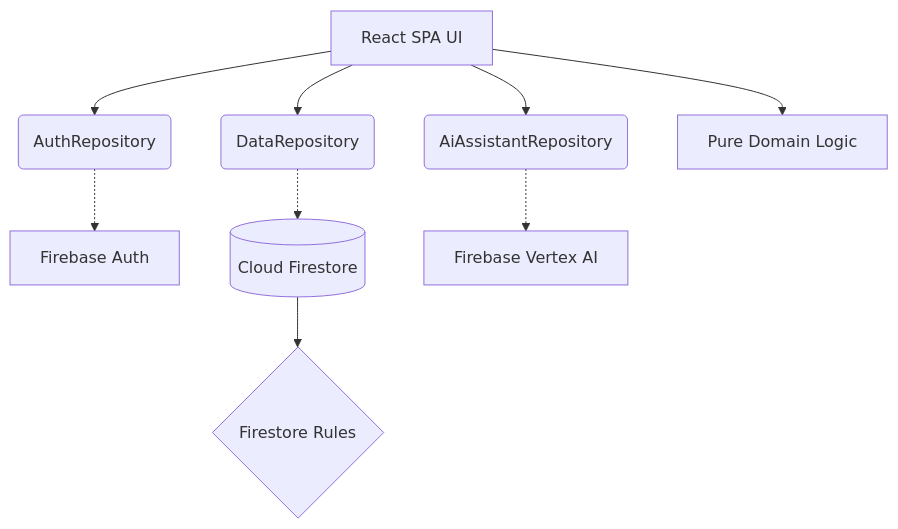
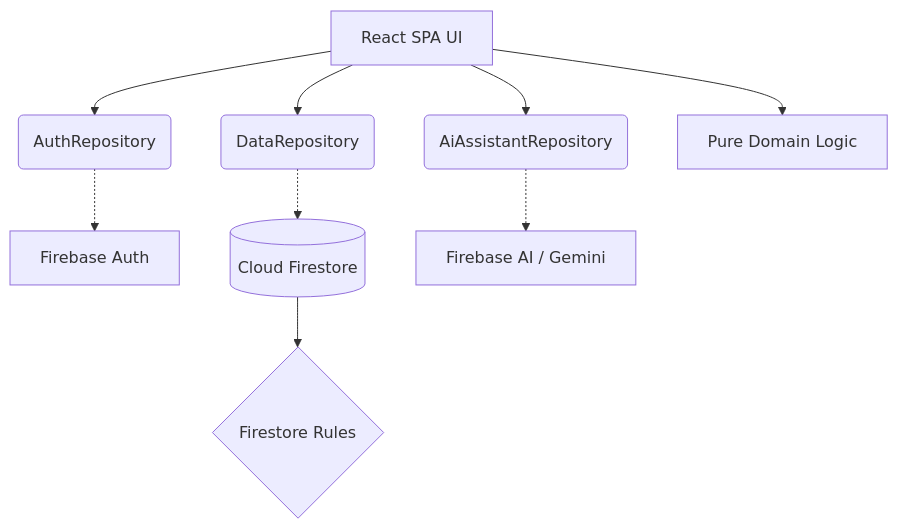
The diagram in docs/ARCHITECTURE.md (Abhishekkswamii/PrithviProof), drawn with Mermaid before and after one commit. The commit also changed other lines of this file and 12 other files, not shown here.

````diff
--- a/docs/ARCHITECTURE.md
+++ b/docs/ARCHITECTURE.md
@@ -3,13 +3,13 @@
 ```mermaid
 graph TD
     UI[React SPA UI] --> AuthRepo(AuthRepository)
     UI --> DataRepo(DataRepository)
     UI --> AIRepo(AiAssistantRepository)
     UI --> Domain[Pure Domain Logic]
 
     AuthRepo -.-> FirebaseAuth[Firebase Auth]
     DataRepo -.-> FirestoreDB[(Cloud Firestore)]
-    AIRepo -.-> VertexAI[Firebase Vertex AI]
+    AIRepo -.-> GeminiAI[Firebase AI / Gemini]
 
     FirestoreDB --> SecurityRules{Firestore Rules}
 ```
````
